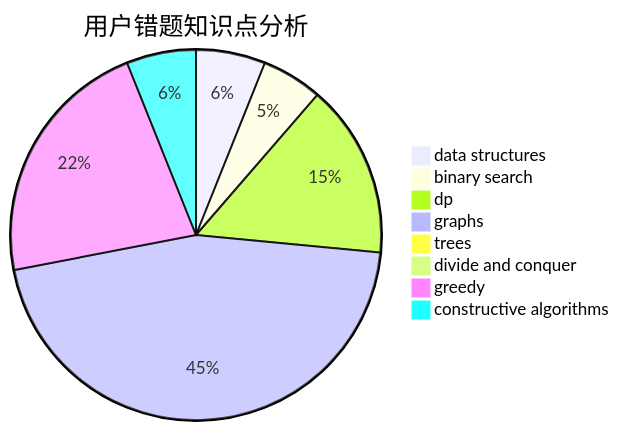
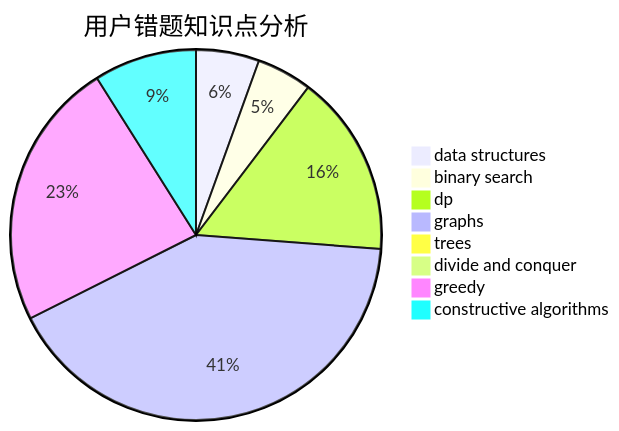
The third of 3 diagrams in docs/user/u198.md (sherpahu/cfrs.github.io), drawn with Mermaid before and after one commit. The commit also changed other lines of this file and 2770 other files, not shown here.

````diff
--- a/docs/user/u198.md
+++ b/docs/user/u198.md
@@ -36,11 +36,11 @@
 ```mermaid
 pie title 用户错题知识点分析
     "data structures" :  8
     "binary search" :  7
-    "dp" :  20
+    "dp" :  23
     "graphs" :  60
     "trees" :  0
     "divide and conquer" :  0
-    "greedy" :  29
-    "constructive algorithms" :  8
+    "greedy" :  34
+    "constructive algorithms" :  13
 ```
````
